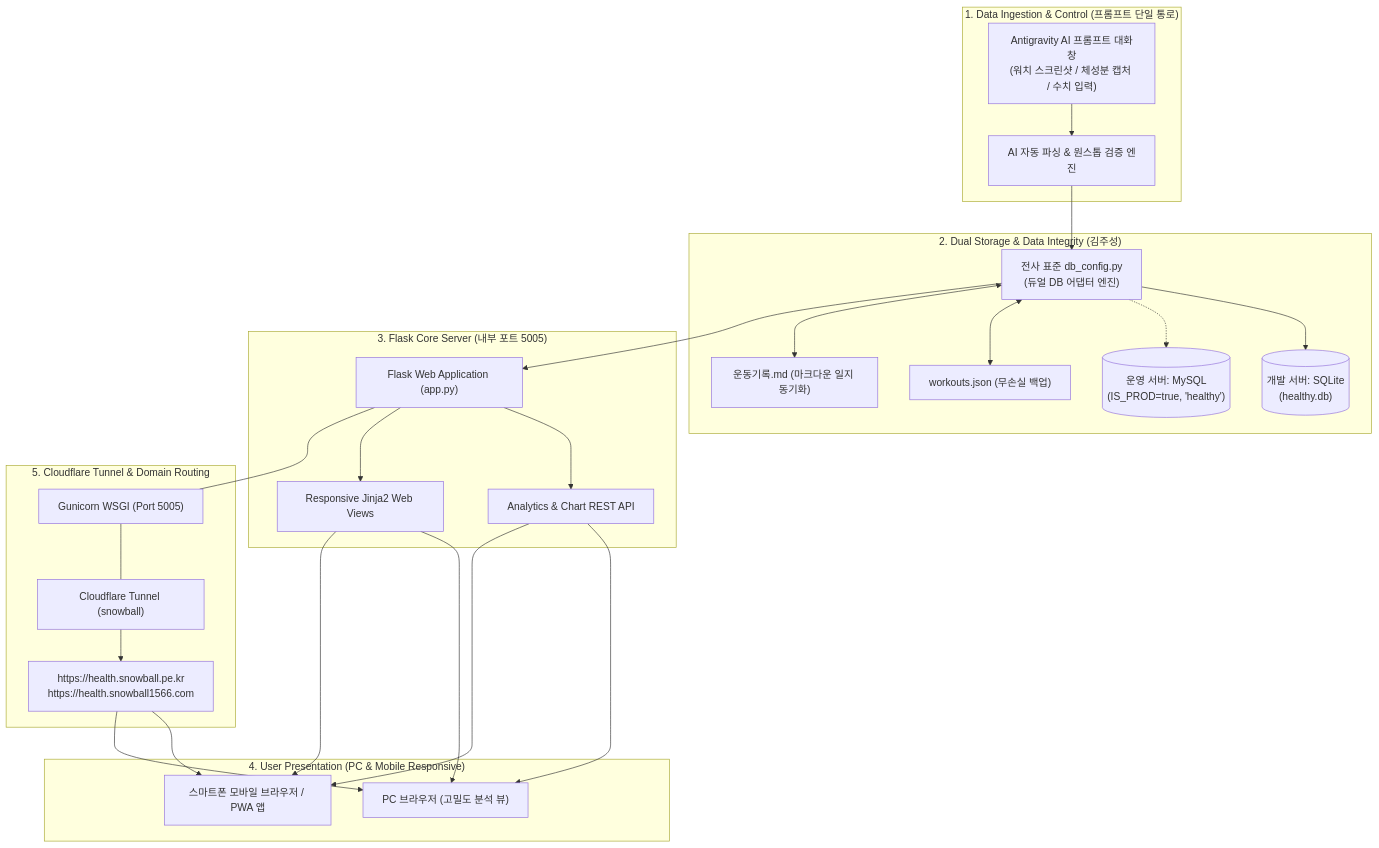
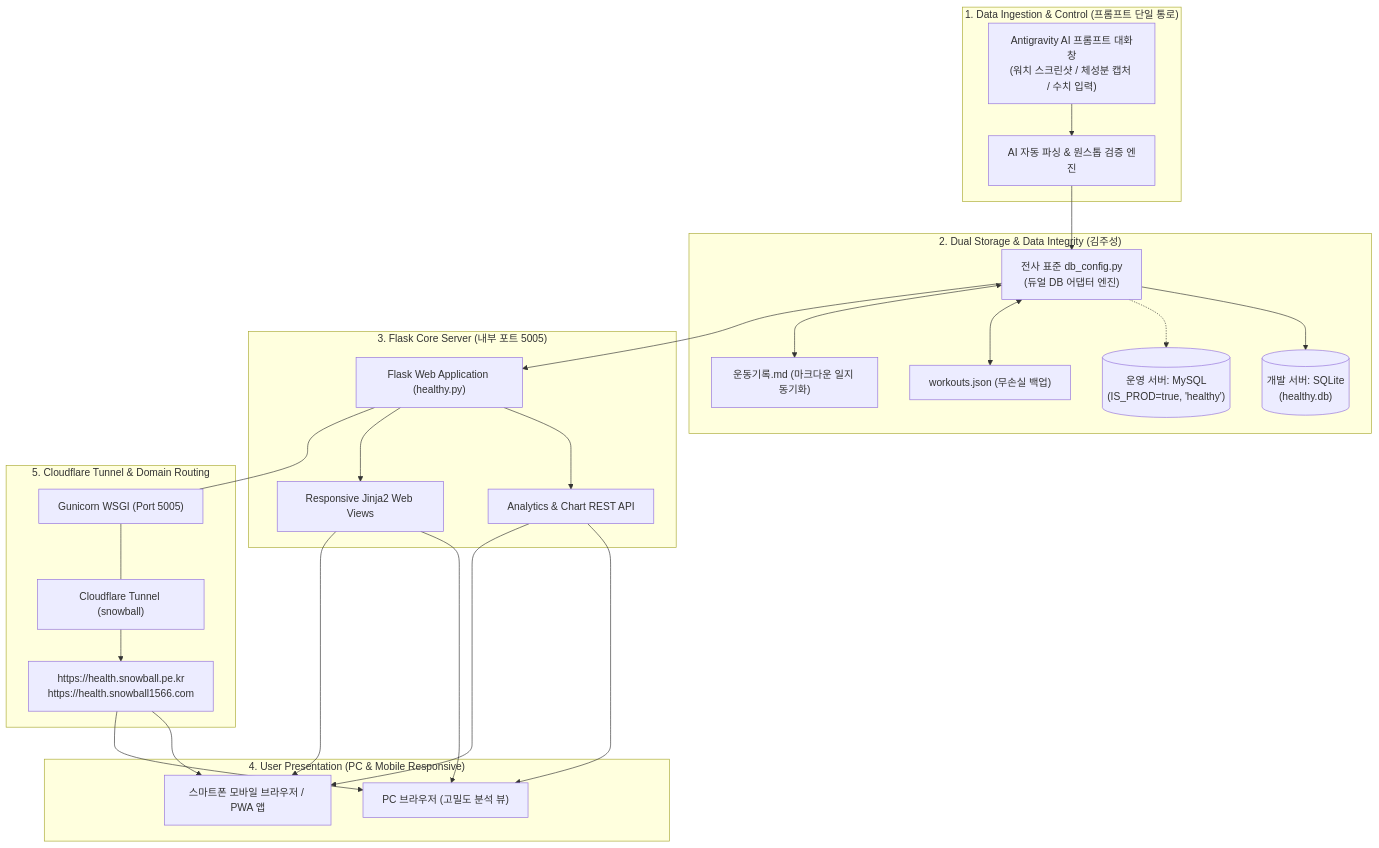
The diagram in healthy/헬스케어_시스템_개발계획서.md (Raphael-Yoon/utils), drawn with Mermaid before and after one commit. The commit also changed other lines of this file and 9 other files, not shown here.

````diff
--- a/healthy/헬스케어_시스템_개발계획서.md
+++ b/healthy/헬스케어_시스템_개발계획서.md
@@ -45,35 +45,35 @@
 ```mermaid
 flowchart TD
     subgraph INGESTION ["1. Data Ingestion & Control (프롬프트 단일 통로)"]
         UI_PROMPT["Antigravity AI 프롬프트 대화창<br>(워치 스크린샷 / 체성분 캡처 / 수치 입력)"]
         AI_PARSER["AI 자동 파싱 & 원스톱 검증 엔진"]
         UI_PROMPT --> AI_PARSER
     end
 
     subgraph STORAGE ["2. Dual Storage & Data Integrity (김주성)"]
         AI_PARSER --> DB_ADAPTER["전사 표준 db_config.py<br>(듀얼 DB 어댑터 엔진)"]
         DB_ADAPTER --> DEV_SQLITE[("개발 서버: SQLite<br>(healthy.db)")]
         DB_ADAPTER -.-> PROD_MYSQL[("운영 서버: MySQL<br>(IS_PROD=true, 'healthy')")]
         DB_ADAPTER <--> JSON_SYNC["workouts.json (무손실 백업)"]
         DB_ADAPTER <--> MD_SYNC["운동기록.md (마크다운 일지 동기화)"]
     end
 
     subgraph APPLICATION ["3. Flask Core Server (내부 포트 5005)"]
-        DB_ADAPTER --> FLASK_APP["Flask Web Application (app.py)"]
+        DB_ADAPTER --> FLASK_APP["Flask Web Application (healthy.py)"]
         FLASK_APP --> API_ROUTER["Analytics & Chart REST API"]
         FLASK_APP --> JINJA_VIEW["Responsive Jinja2 Web Views"]
     end
 
     subgraph PRESENTATION ["4. User Presentation (PC & Mobile Responsive)"]
         JINJA_VIEW & API_ROUTER --> PC_BROWSER["PC 브라우저 (고밀도 분석 뷰)"]
         JINJA_VIEW & API_ROUTER --> MOBILE_PWA["스마트폰 모바일 브라우저 / PWA 앱"]
     end
 
     subgraph INFRA ["5. Cloudflare Tunnel & Domain Routing"]
         FLASK_APP --- GUNICORN["Gunicorn WSGI (Port 5005)"]
         GUNICORN --- CF_TUNNEL["Cloudflare Tunnel (snowball)"]
         CF_TUNNEL --> EXT_DOMAIN["https://health.snowball.pe.kr<br>https://health.snowball1566.com"]
         EXT_DOMAIN --> MOBILE_PWA
         EXT_DOMAIN --> PC_BROWSER
     end
 ```
````
